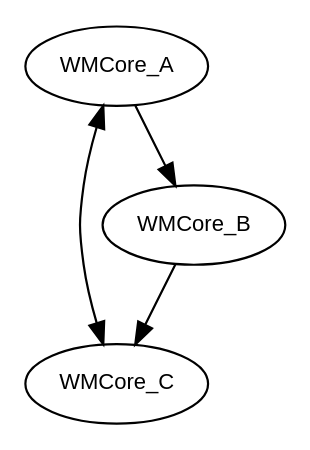
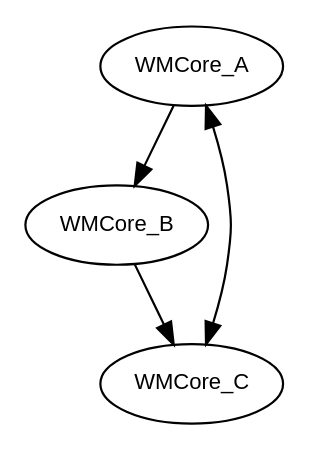
The diagram in example/example_group_l2.dot (mapellidario/pydeps-parse), drawn with Graphviz before and after one commit. The commit also changed other lines of this file and 1 other file, not shown here.

```diff
--- a/example/example_group_l2.dot
+++ b/example/example_group_l2.dot
@@ -1,15 +1,15 @@
 digraph G {
   concentrate = true;
 
   rankdir = TB;
   node [style=filled,fillcolor="#ffffff",fontcolor="#000000",fontname=Helvetica,fontsize=10];
 
 
     WMCore_A [label="WMCore_A"]
+    WMCore_B [label="WMCore_B"]
     WMCore_C [label="WMCore_C"]
-    WMCore_B [label="WMCore_B"]
     WMCore_C -> WMCore_A
     WMCore_A -> WMCore_B
     WMCore_A -> WMCore_C
     WMCore_B -> WMCore_C
 }
```
